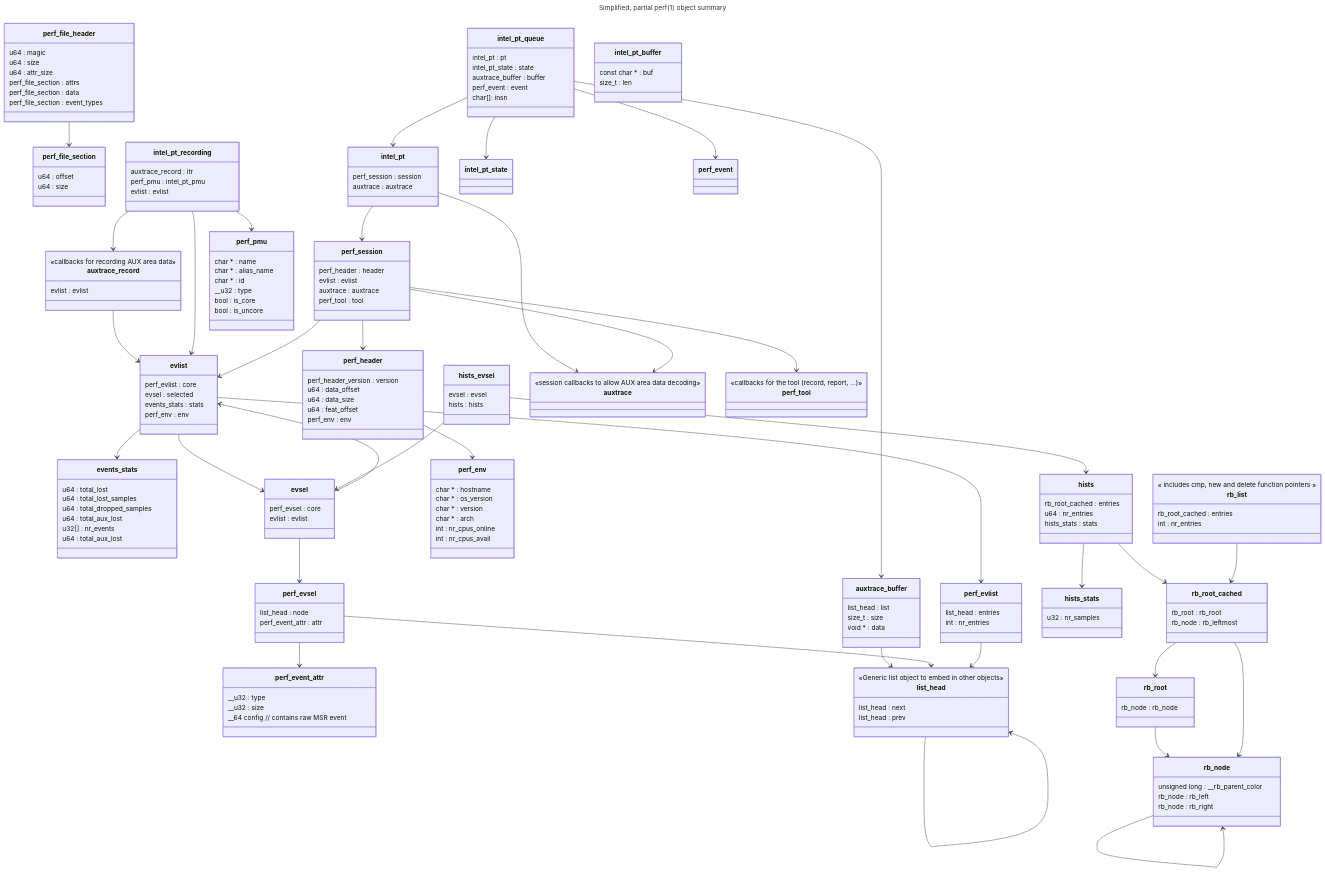
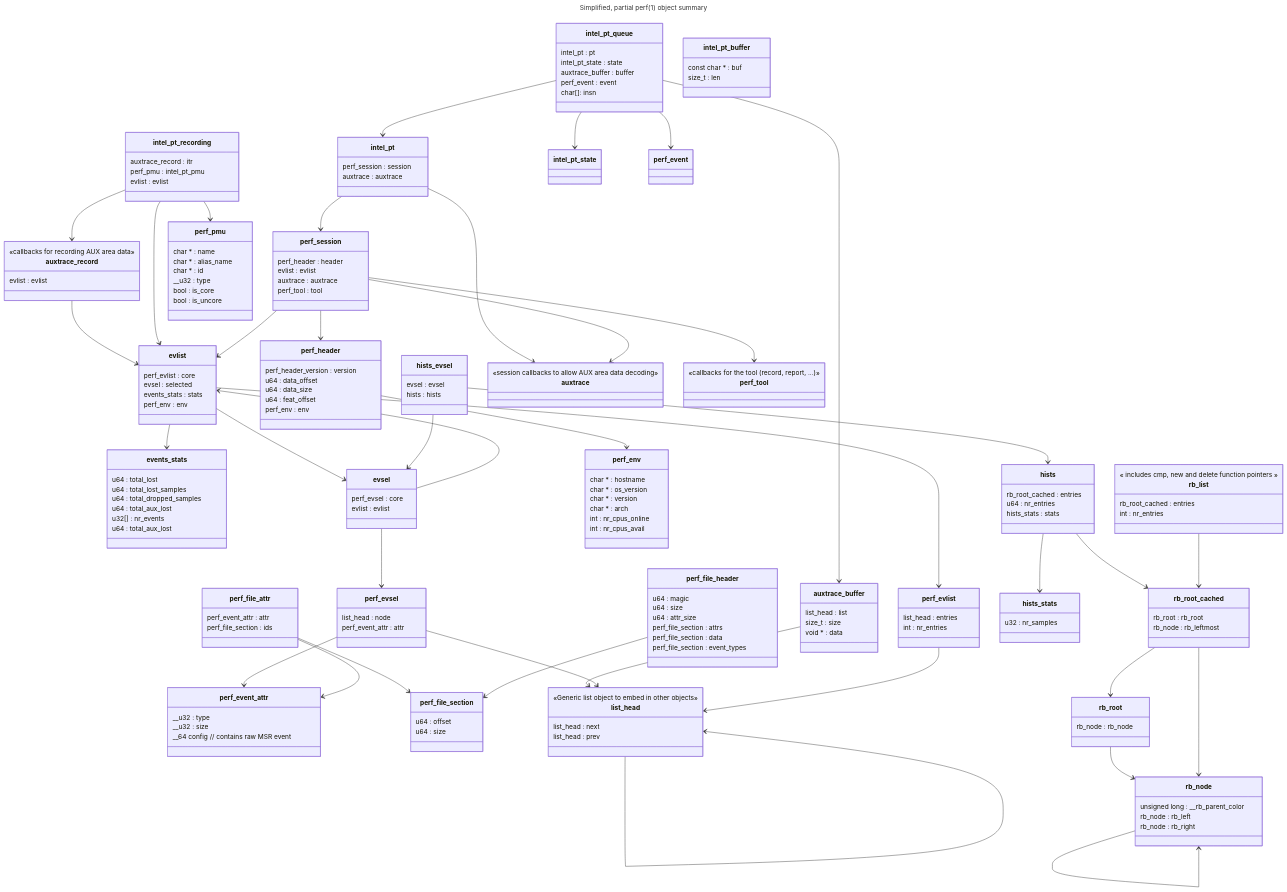
One commit to jamesodhunt/foo changed the diagram in mermaid-classes-2.md. Above: the diagram before and after it, drawn with Mermaid.

```diff
--- a/mermaid-classes-2.md
+++ b/mermaid-classes-2.md
@@ -67,6 +67,11 @@
     class perf_file_section {
       u64 : offset
       u64 : size
+    }
+
+    class perf_file_attr {
+      perf_event_attr : attr
+      perf_file_section : ids
     }
 
     class perf_env {
@@ -207,10 +212,14 @@
 
     list_head --> list_head
 
+
     perf_evsel --> list_head
     perf_evsel --> perf_event_attr
 
     perf_evlist --> list_head
+
+    perf_file_attr --> perf_event_attr
+    perf_file_attr --> perf_file_section
 
     perf_file_header --> perf_file_section
 
```
